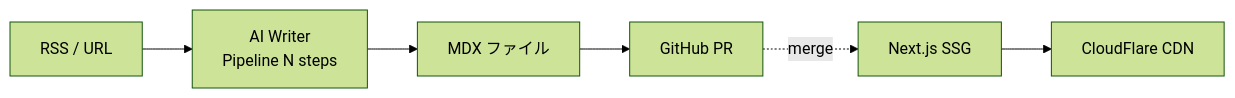
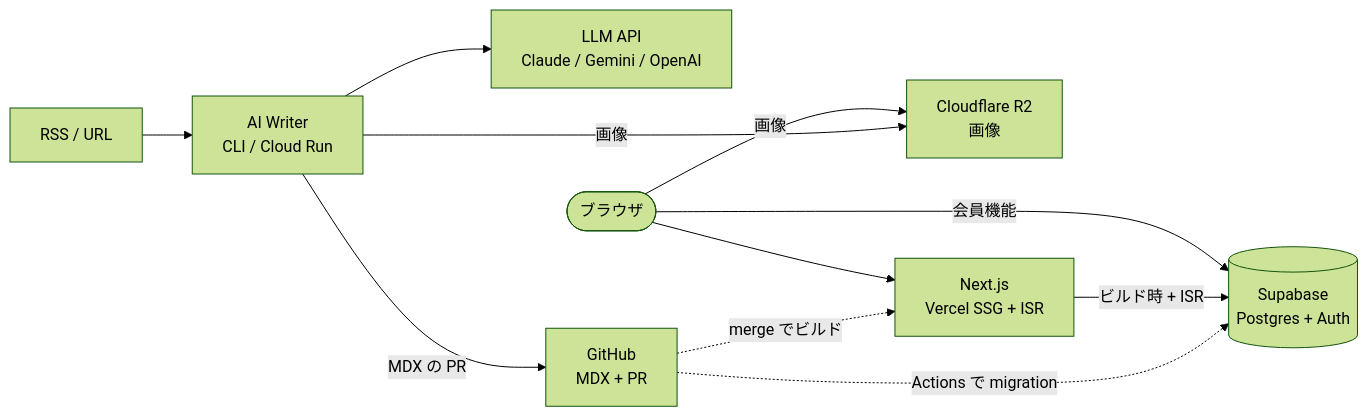
The diagram in docs/overview.md (thanks2music/revolution), drawn with Mermaid (forest theme) before and after one commit. The commit also changed other lines of this file, not shown here.

Commit message:
📝 docs(overview): describe the current architecture
overview.md had stopped in May 2026, before Supabase and Vercel:

- Redraw the system diagram: AI Writer (CLI / Cloud Run), LLM APIs,
  Cloudflare R2, GitHub, Next.js on Vercel and Supabase. Drop the
  CloudFlare CDN node, which has no configuration in the repository
- Add the docs site, Supabase, Firebase, Cloudflare R2 and Sentry / Slack
  to the components table, and say where the AI Writer runs
- Fix the TDD line to the five-layer model in development-principles.md
  (it described three layers with different meanings)

````diff
--- a/docs/overview.md
+++ b/docs/overview.md
@@ -13,15 +13,22 @@
 ```mermaid
 flowchart LR
-    RSS[RSS / URL]
-    Pipeline[AI Writer<br/>Pipeline N steps]
-    MDX[MDX ファイル]
-    PR[GitHub PR]
-    SSG[Next.js SSG]
-    CDN[CloudFlare CDN]
+    SRC[RSS / URL]
+    LLM[LLM API<br/>Claude / Gemini / OpenAI]
+    AW[AI Writer<br/>CLI / Cloud Run]
+    R2[Cloudflare R2<br/>画像]
+    GH[GitHub<br/>MDX + PR]
+    WEB[Next.js<br/>Vercel SSG + ISR]
+    DB[(Supabase<br/>Postgres + Auth)]
+    USER([ブラウザ])
 
-    RSS --> Pipeline
-    Pipeline --> MDX
-    MDX --> PR
-    PR -.merge.-> SSG
-    SSG --> CDN
+    SRC --> AW
+    AW --> LLM
+    AW -->|画像| R2
+    AW -->|MDX の PR| GH
+    GH -.merge でビルド.-> WEB
+    GH -.Actions で migration.-> DB
+    WEB -->|ビルド時 + ISR| DB
+    USER --> WEB
+    USER -->|会員機能| DB
+    USER -->|画像| R2
 ```
````
